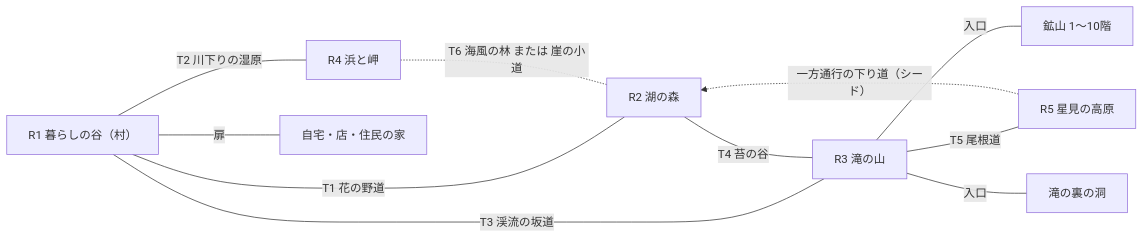
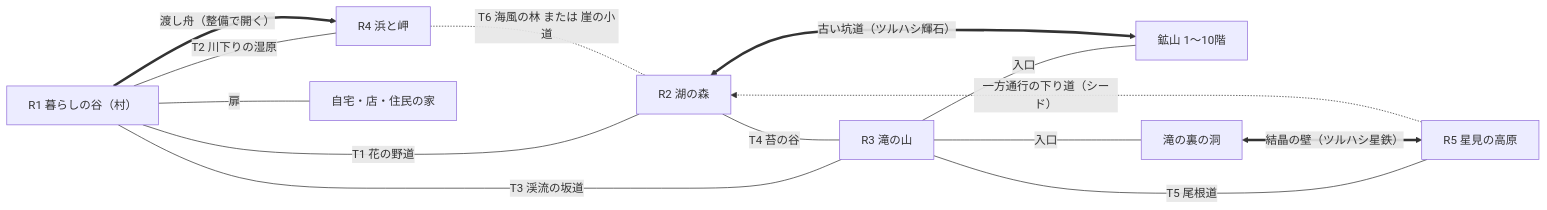
One commit to 28ftb/uchujin-no-hoshi changed the diagram in Docs/Design/uchujin_no_hoshi_world_map_seed_design_v0_3.md. Above: the diagram before and after it, drawn with Mermaid. The commit also changed other lines of this file, not shown here.

````diff
--- a/Docs/Design/uchujin_no_hoshi_world_map_seed_design_v0_3.md
+++ b/Docs/Design/uchujin_no_hoshi_world_map_seed_design_v0_3.md
@@ -144,18 +201,21 @@
 ```mermaid
 graph LR
   V["R1 暮らしの谷（村）"]
   L["R2 湖の森"]
   M["R3 滝の山"]
   C["R4 浜と岬"]
   H["R5 星見の高原"]
   V ---|T1 花の野道| L
   V ---|T2 川下りの湿原| C
   V ---|T3 渓流の坂道| M
   L ---|T4 苔の谷| M
   M ---|T5 尾根道| H
   C -.-|T6 海風の林 または 崖の小道| L
   H -.->|一方通行の下り道（シード）| L
   M ---|入口| Mine["鉱山 1〜10階"]
   M ---|入口| Cave["滝の裏の洞"]
   V ---|扉| In["自宅・店・住民の家"]
+  V ==>|渡し舟（整備で開く）| C
+  Mine <==>|古い坑道（ツルハシ輝石）| L
+  Cave <==>|結晶の壁（ツルハシ星鉄）| H
 ```
````
